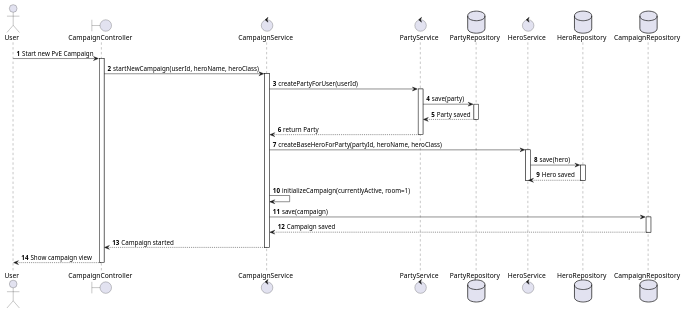
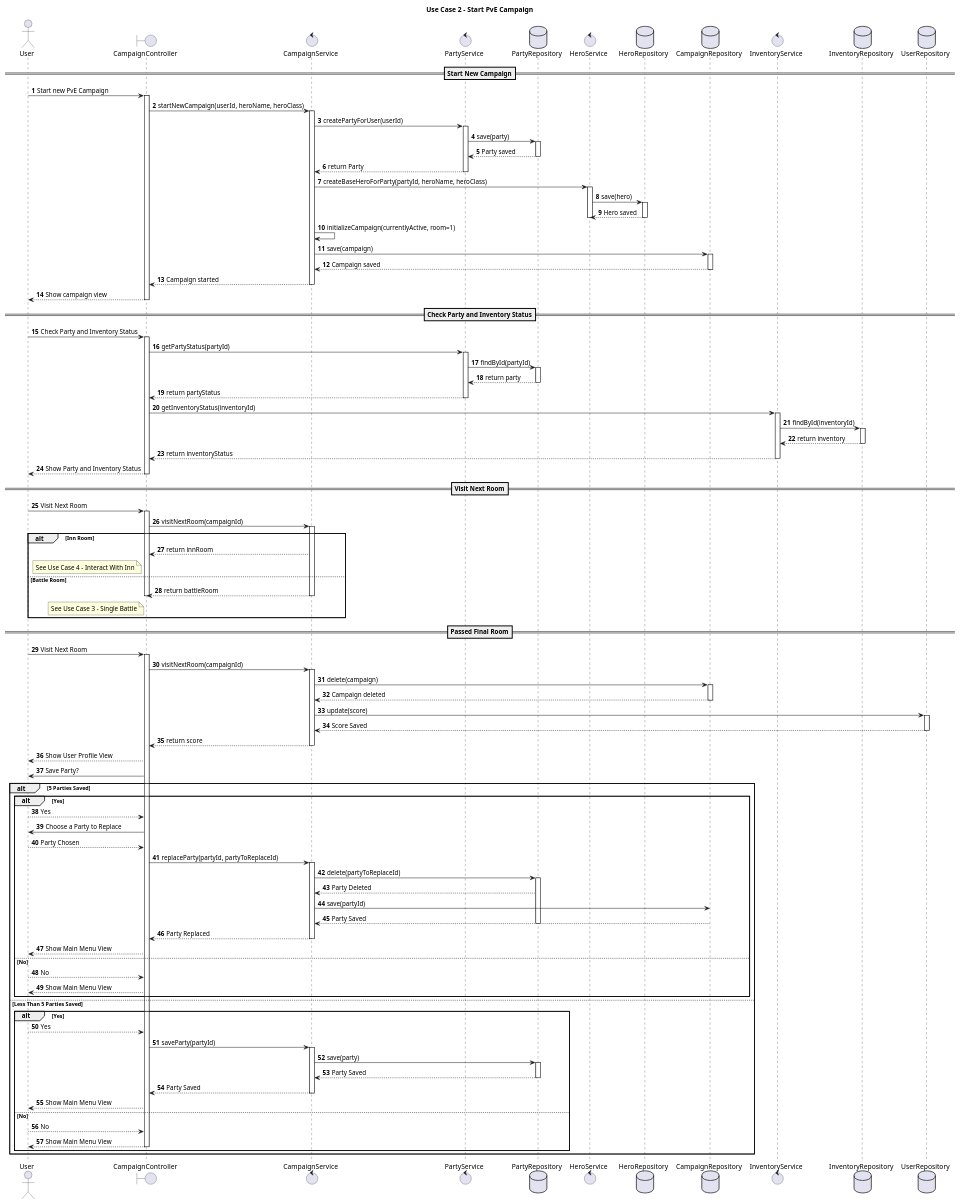
One commit to MohammedPatel-yorku/LegendsOfSwordAndWand changed the diagram in Sequence Diagrams/Use Case 2_Start PvE Campaign.puml. Above: the diagram before and after it, drawn with PlantUML. The commit also changed 2 other files, not shown here.

Commit message:
Use Case 2 Updated

```diff
--- a/Sequence Diagrams/Use Case 2_Start PvE Campaign.puml
+++ b/Sequence Diagrams/Use Case 2_Start PvE Campaign.puml
@@ -1,48 +1,176 @@
 @startuml
 'https://plantuml.com/sequence-diagram
 
 autonumber
+
+title Use Case 2 - Start PvE Campaign
 
 actor User
 boundary CampaignController
 control CampaignService
 control PartyService
 database PartyRepository
 control HeroService
 database HeroRepository
 database CampaignRepository
+control InventoryService
+database InventoryRepository
+database UserRepository
+
+==Start New Campaign==
 
 User -> CampaignController: Start new PvE Campaign
 activate CampaignController
 CampaignController -> CampaignService: startNewCampaign(userId, heroName, heroClass)
 activate CampaignService
 
 CampaignService -> PartyService: createPartyForUser(userId)
 activate PartyService
 PartyService -> PartyRepository: save(party)
 activate PartyRepository
 PartyRepository --> PartyService: Party saved
 deactivate PartyRepository
 PartyService --> CampaignService: return Party
 deactivate PartyService
 
 CampaignService -> HeroService: createBaseHeroForParty(partyId, heroName, heroClass)
 activate HeroService
 HeroService -> HeroRepository: save(hero)
 activate HeroRepository
 HeroRepository --> HeroService: Hero saved
 deactivate HeroRepository
 deactivate HeroService
 
 CampaignService -> CampaignService: initializeCampaign(currentlyActive, room=1)
 CampaignService -> CampaignRepository: save(campaign)
 activate CampaignRepository
 CampaignRepository --> CampaignService: Campaign saved
 deactivate CampaignRepository
 
 CampaignService --> CampaignController: Campaign started
 deactivate CampaignService
 CampaignController --> User: Show campaign view
 deactivate CampaignController
 
+==Check Party and Inventory Status==
+
+User -> CampaignController: Check Party and Inventory Status
+activate CampaignController
+
+CampaignController -> PartyService: getPartyStatus(partyId)
+activate PartyService
+PartyService -> PartyRepository: findById(partyId)
+activate PartyRepository
+
+PartyRepository --> PartyService: return party
+deactivate PartyRepository
+PartyService --> CampaignController: return partyStatus
+deactivate PartyService
+
+CampaignController -> InventoryService: getInventoryStatus(inventoryId)
+activate InventoryService
+InventoryService -> InventoryRepository: findById(inventoryId)
+activate InventoryRepository
+
+InventoryRepository --> InventoryService: return inventory
+deactivate InventoryRepository
+InventoryService --> CampaignController: return inventoryStatus
+deactivate InventoryService
+
+CampaignController --> User: Show Party and Inventory Status
+deactivate CampaignController
+
+==Visit Next Room==
+
+User -> CampaignController: Visit Next Room
+activate CampaignController
+CampaignController -> CampaignService: visitNextRoom(campaignId)
+activate CampaignService
+
+alt Inn Room
+    CampaignService --> CampaignController: return innRoom
+    note left of CampaignController: See Use Case 4 - Interact With Inn
+
+else Battle Room
+    CampaignService --> CampaignController: return battleRoom
+    deactivate CampaignService
+    deactivate CampaignController
+    note left of CampaignController: See Use Case 3 - Single Battle
+
+end
+
+==Passed Final Room==
+
+User -> CampaignController: Visit Next Room
+activate CampaignController
+CampaignController -> CampaignService: visitNextRoom(campaignId)
+activate CampaignService
+
+CampaignService -> CampaignRepository: delete(campaign)
+activate CampaignRepository
+CampaignRepository --> CampaignService: Campaign deleted
+deactivate CampaignRepository
+
+CampaignService -> UserRepository: update(score)
+activate UserRepository
+UserRepository --> CampaignService: Score Saved
+deactivate UserRepository
+
+CampaignService --> CampaignController: return score
+deactivate CampaignService
+CampaignController --> User: Show User Profile View
+
+CampaignController -> User: Save Party?
+
+alt 5 Parties Saved
+    alt Yes
+        User --> CampaignController: Yes
+        CampaignController -> User: Choose a Party to Replace
+        User --> CampaignController: Party Chosen
+
+        CampaignController -> CampaignService: replaceParty(partyId, partyToReplaceId)
+        activate CampaignService
+
+        CampaignService -> PartyRepository: delete(partyToReplaceId)
+        activate PartyRepository
+        PartyRepository --> CampaignService: Party Deleted
+        CampaignService -> CampaignRepository: save(partyId)
+        CampaignRepository --> CampaignService: Party Saved
+        deactivate PartyRepository
+
+        CampaignService --> CampaignController: Party Replaced
+        deactivate CampaignService
+        CampaignController --> User: Show Main Menu View
+
+    else No
+        User --> CampaignController: No
+        CampaignController --> User: Show Main Menu View
+
+    end
+
+    else Less Than 5 Parties Saved
+        alt Yes
+            User --> CampaignController: Yes
+
+            CampaignController -> CampaignService: saveParty(partyId)
+            activate CampaignService
+            CampaignService -> PartyRepository: save(party)
+            activate PartyRepository
+
+            PartyRepository --> CampaignService: Party Saved
+            deactivate PartyRepository
+            CampaignService --> CampaignController: Party Saved
+            deactivate CampaignService
+
+            CampaignController --> User: Show Main Menu View
+
+        else No
+            User --> CampaignController: No
+            CampaignController --> User: Show Main Menu View
+            deactivate CampaignController
+
+        end
+
+end
+
 @enduml
```
